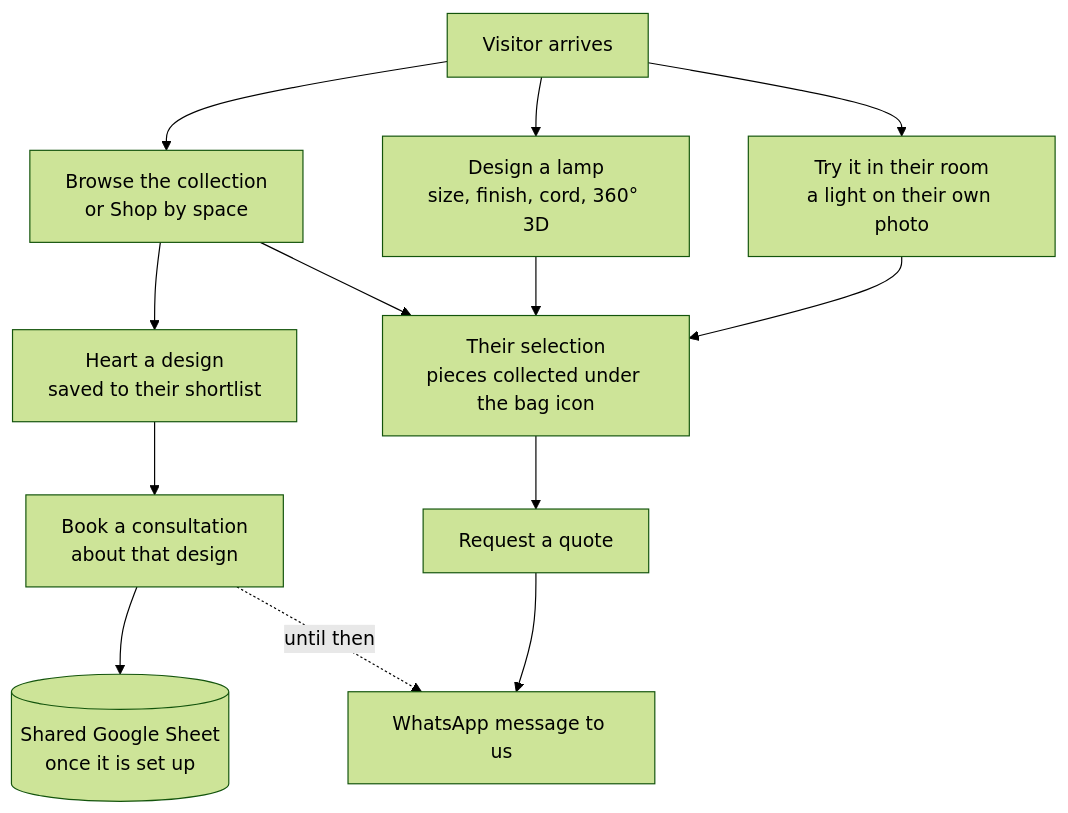
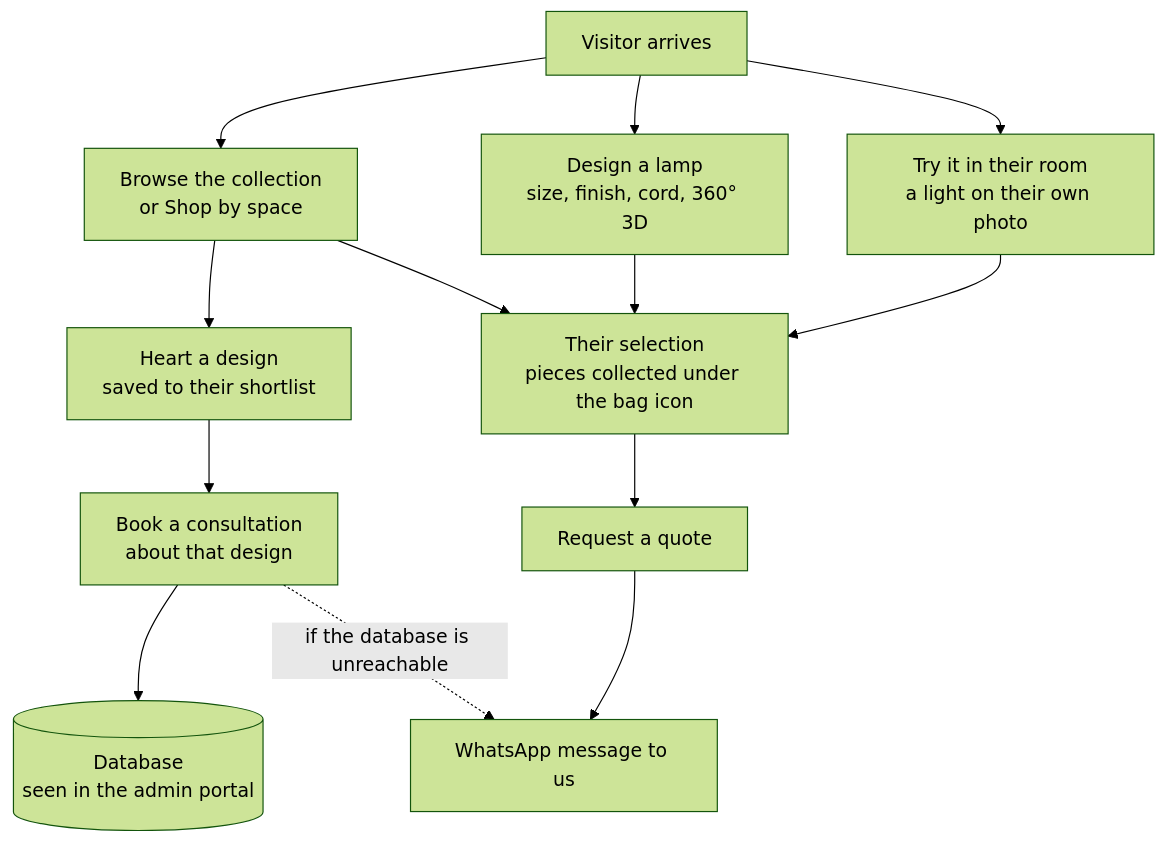
Before and after one commit to Ykashef97/Lumoostudio30: the diagram in docs/WEBSITE-GUIDE.md, drawn with Mermaid (forest theme). The commit also changed other lines of this file and 3 other files, not shown here.

````diff
--- a/docs/WEBSITE-GUIDE.md
+++ b/docs/WEBSITE-GUIDE.md
@@ -26,15 +28,15 @@
 ```mermaid
 flowchart TD
     A[Visitor arrives] --> B[Browse the collection<br/>or Shop by space]
     A --> C[Design a lamp<br/>size, finish, cord, 360° 3D]
     A --> D[Try it in their room<br/>a light on their own photo]
     B --> E[Heart a design<br/>saved to their shortlist]
     C --> F[Their selection<br/>pieces collected under the bag icon]
     B --> F
     D --> F
     E --> G[Book a consultation<br/>about that design]
     F --> H[Request a quote]
-    G --> I[(Shared Google Sheet<br/>once it is set up)]
-    G -.until then.-> J
+    G --> I[(Database<br/>seen in the admin portal)]
+    G -.if the database is unreachable.-> J
     H --> J[WhatsApp message to us]
 ```
````
